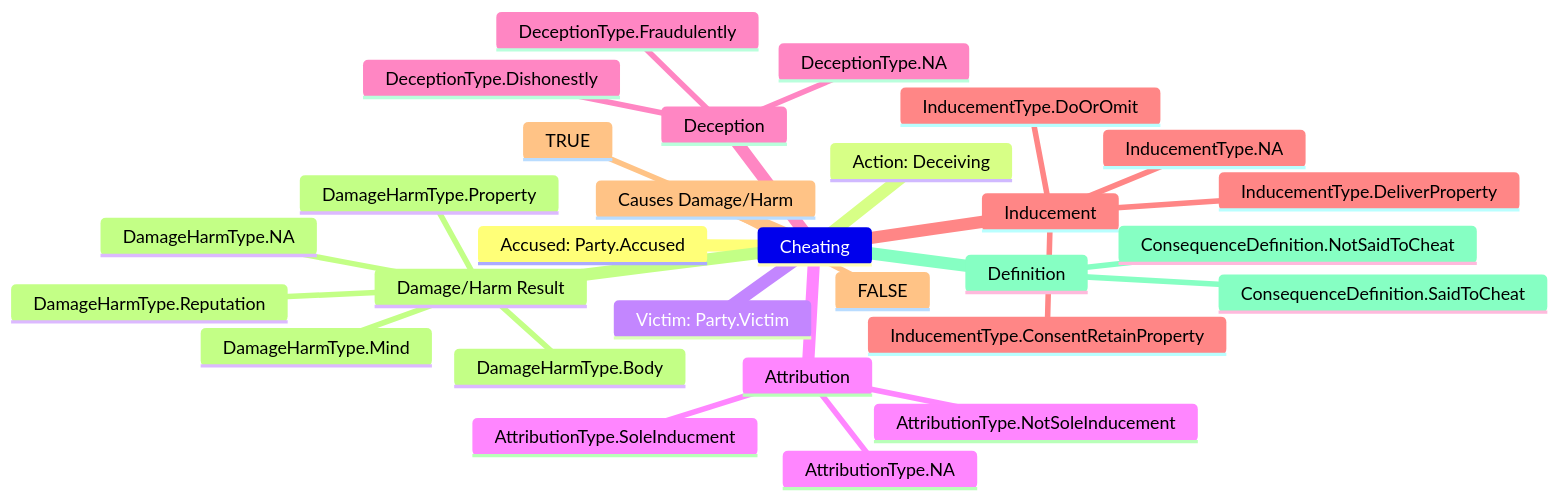
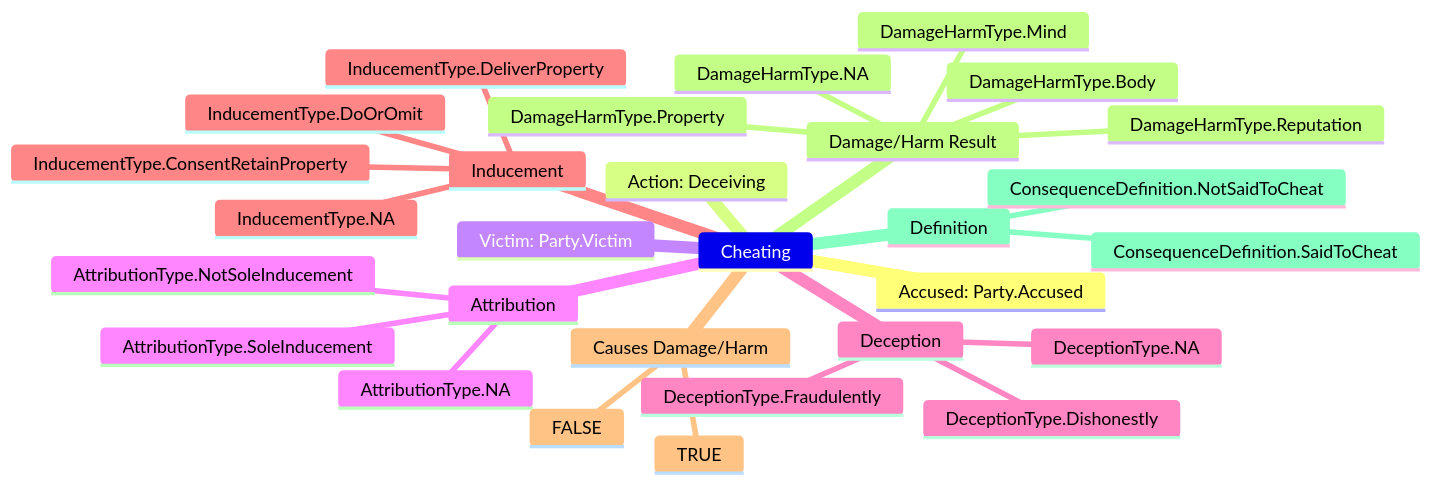
The first of 5 diagrams in doc/5_MINUTES.md (gongahkia/yuho), drawn with Mermaid before and after one commit. The commit also changed other lines of this file, not shown here.

````diff
--- a/doc/5_MINUTES.md
+++ b/doc/5_MINUTES.md
@@ -164,32 +147,32 @@
 ```mermaid
 mindmap
     Cheating
       Accused: Party.Accused
       Action: Deceiving
       Victim: Party.Victim
       Attribution
-        AttributionType.SoleInducment
+        AttributionType.SoleInducement
         AttributionType.NotSoleInducement
         AttributionType.NA
       Deception
         DeceptionType.Fraudulently
         DeceptionType.Dishonestly
         DeceptionType.NA
       Inducement
         InducementType.DeliverProperty
         InducementType.ConsentRetainProperty
         InducementType.DoOrOmit
         InducementType.NA
       Causes Damage/Harm
         TRUE
         FALSE
       Damage/Harm Result
         DamageHarmType.Body
         DamageHarmType.Mind
         DamageHarmType.Reputation
         DamageHarmType.Property
         DamageHarmType.NA
       Definition
         ConsequenceDefinition.SaidToCheat
         ConsequenceDefinition.NotSaidToCheat
 ```
````
